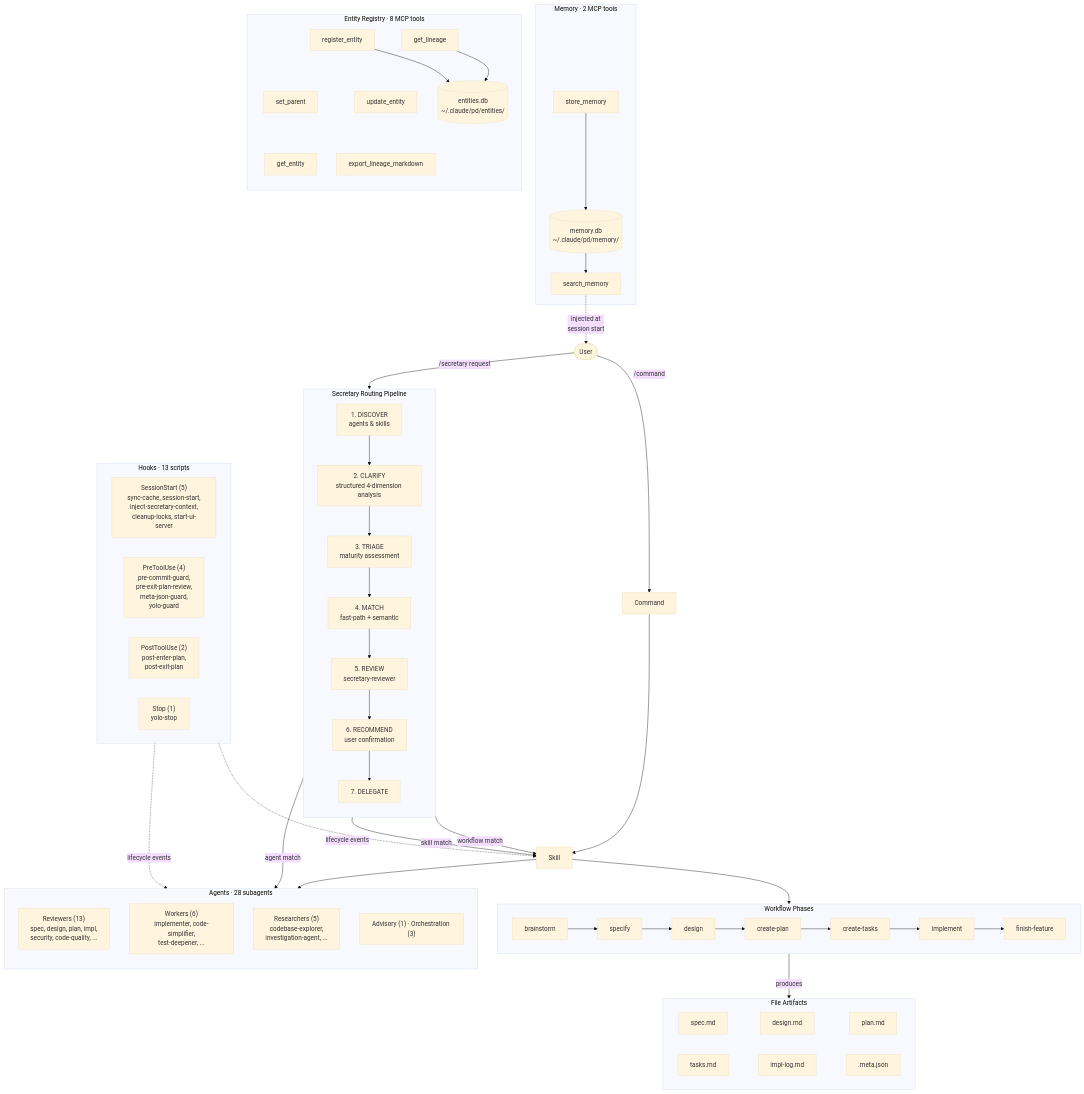
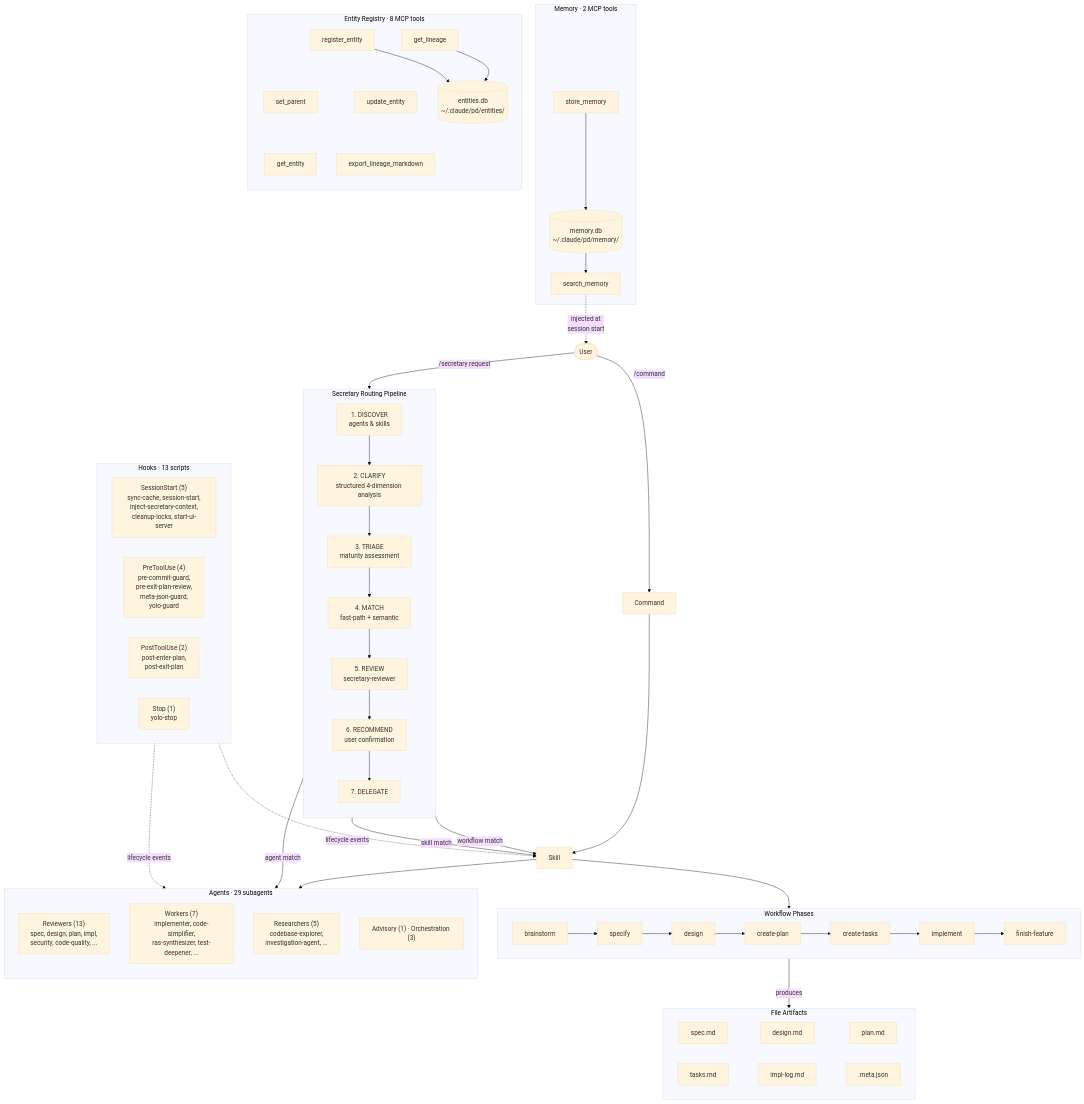
One commit to clthuang/my-ai-setup changed the diagram in README_FOR_DEV.md. Above: the diagram before and after it, drawn with Mermaid (base theme). The commit also changed other lines of this file and 5 other files, not shown here.

First line of the commit message:
feat: add pd:subagent-ras command, researching skill, and ras-synthesizer agent

````diff
--- a/README_FOR_DEV.md
+++ b/README_FOR_DEV.md
@@ -122,70 +122,70 @@
 ```mermaid
 flowchart TD
     U([User]) -->|"/command"| CMD[Command]
     U -->|"/secretary request"| SEC
 
     subgraph SEC["Secretary Routing Pipeline"]
         direction TB
         S1["1. DISCOVER<br/>agents & skills"] --> S2["2. CLARIFY<br/>structured 4-dimension analysis"]
         S2 --> S3["3. TRIAGE<br/>maturity assessment"]
         S3 --> S4["4. MATCH<br/>fast-path + semantic"]
         S4 --> S5["5. REVIEW<br/>secretary-reviewer"]
         S5 --> S6["6. RECOMMEND<br/>user confirmation"]
         S6 --> S7["7. DELEGATE"]
     end
 
     CMD --> SK[Skill]
     S7 -->|"workflow match"| SK
     S7 -->|"agent match"| AG
     S7 -->|"skill match"| SK
 
     subgraph WORKFLOW["Workflow Phases"]
         direction LR
         WF1[brainstorm] --> WF2[specify] --> WF3[design]
         WF3 --> WF4[create-plan] --> WF5[create-tasks]
         WF5 --> WF6[implement] --> WF7[finish-feature]
     end
 
     SK --> WORKFLOW
     SK --> AG
 
-    subgraph AG["Agents · 28 subagents"]
+    subgraph AG["Agents · 29 subagents"]
         direction TB
         A1["Reviewers (13)<br/>spec, design, plan, impl,<br/>security, code-quality, ..."]
-        A2["Workers (6)<br/>implementer, code-simplifier,<br/>test-deepener, ..."]
+        A2["Workers (7)<br/>implementer, code-simplifier,<br/>ras-synthesizer, test-deepener, ..."]
         A3["Researchers (5)<br/>codebase-explorer,<br/>investigation-agent, ..."]
         A4["Advisory (1) · Orchestration (3)"]
     end
 
     WORKFLOW -->|"produces"| ART
 
     subgraph ART["File Artifacts"]
         F1[spec.md] ~~~ F2[design.md] ~~~ F3[plan.md]
         F4[tasks.md] ~~~ F5[impl-log.md] ~~~ F6[.meta.json]
     end
 
     subgraph HOOKS["Hooks · 13 scripts"]
         H1["SessionStart (5)<br/>sync-cache, session-start,<br/>inject-secretary-context,<br/>cleanup-locks, start-ui-server"]
         H2["PreToolUse (4)<br/>pre-commit-guard,<br/>pre-exit-plan-review,<br/>meta-json-guard,<br/>yolo-guard"]
         H3["PostToolUse (2)<br/>post-enter-plan,<br/>post-exit-plan"]
         H4["Stop (1)<br/>yolo-stop"]
     end
 
     HOOKS -.->|"lifecycle events"| SK
     HOOKS -.->|"lifecycle events"| AG
 
     subgraph MEM["Memory · 2 MCP tools"]
         MCP1[store_memory] --> MB[("memory.db<br/>~/.claude/pd/memory/")]
         MB --> MCP2[search_memory]
     end
 
     subgraph ENT["Entity Registry · 8 MCP tools"]
         direction TB
         ET1[register_entity] ~~~ ET2[set_parent] ~~~ ET3[get_entity]
         ET4[get_lineage] ~~~ ET5[update_entity] ~~~ ET6[export_lineage_markdown]
         ET1 --> EB[("entities.db<br/>~/.claude/pd/entities/")]
         ET4 --> EB
     end
 
     MCP2 -.->|"injected at<br/>session start"| U
 ```
````
